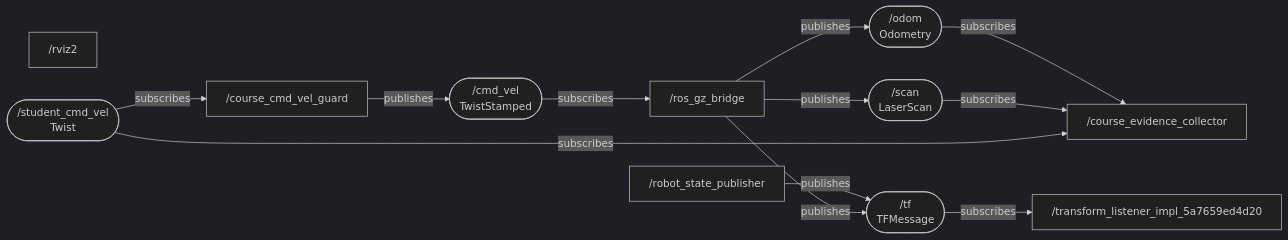
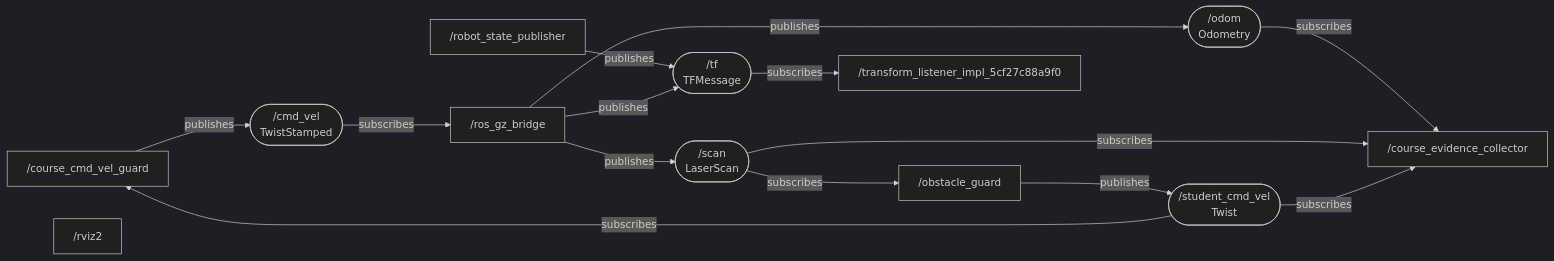
The diagram in week01_ros_foundations/student_submission/mission_1/ros_system_diagram.md (JonathanNg123/robotics-fall2026), drawn with Mermaid (dark theme) before and after one commit. The commit also changed 21 other files, not shown here.

````diff
--- a/week01_ros_foundations/student_submission/mission_1/ros_system_diagram.md
+++ b/week01_ros_foundations/student_submission/mission_1/ros_system_diagram.md
@@ -3,25 +3,28 @@
 ```mermaid
 flowchart LR
   n0["/course_cmd_vel_guard"]
   n1["/course_evidence_collector"]
-  n2["/robot_state_publisher"]
-  n3["/ros_gz_bridge"]
-  n4["/rviz2"]
-  n5["/transform_listener_impl_5a7659ed4d20"]
+  n2["/obstacle_guard"]
+  n3["/robot_state_publisher"]
+  n4["/ros_gz_bridge"]
+  n5["/rviz2"]
+  n6["/transform_listener_impl_5cf27c88a9f0"]
   t0(["/cmd_vel<br/>TwistStamped"])
   n0 -->|publishes| t0
-  t0 -->|subscribes| n3
+  t0 -->|subscribes| n4
   t1(["/odom<br/>Odometry"])
-  n3 -->|publishes| t1
+  n4 -->|publishes| t1
   t1 -->|subscribes| n1
   t2(["/scan<br/>LaserScan"])
-  n3 -->|publishes| t2
+  n4 -->|publishes| t2
   t2 -->|subscribes| n1
+  t2 -->|subscribes| n2
   t3(["/student_cmd_vel<br/>Twist"])
+  n2 -->|publishes| t3
   t3 -->|subscribes| n0
   t3 -->|subscribes| n1
   t4(["/tf<br/>TFMessage"])
-  n2 -->|publishes| t4
   n3 -->|publishes| t4
-  t4 -->|subscribes| n5
+  n4 -->|publishes| t4
+  t4 -->|subscribes| n6
 ```
````
